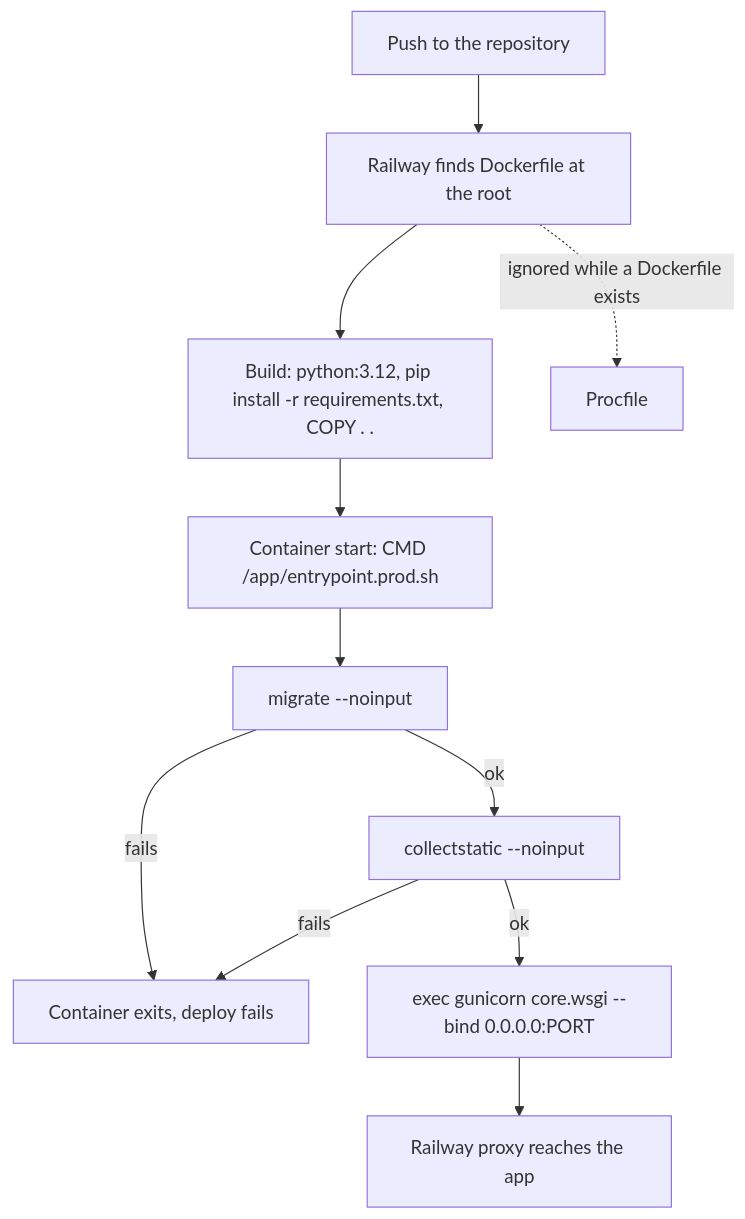
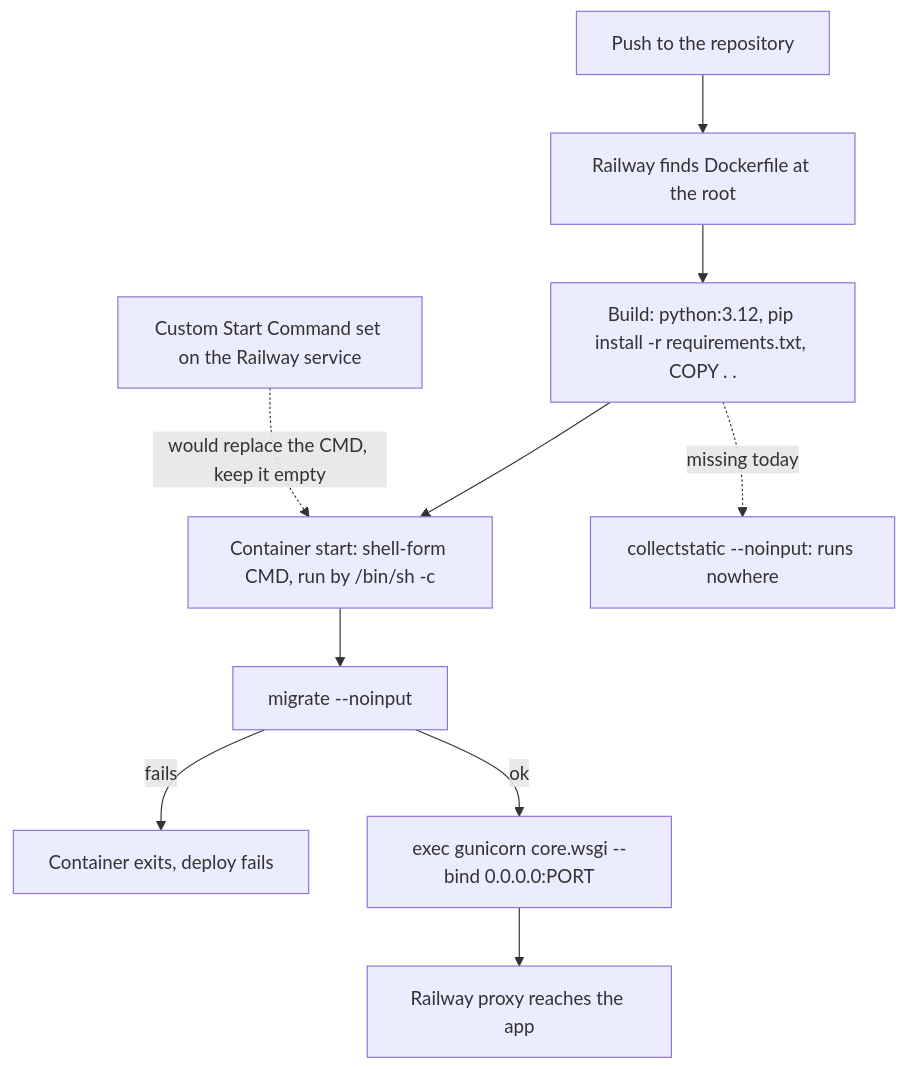
One commit to Pythonando/wdapia_2 changed the diagram in CLAUDE.md. Above: the diagram before and after it, drawn with Mermaid. The commit also changed other lines of this file and 1 other file, not shown here.

````diff
--- a/CLAUDE.md
+++ b/CLAUDE.md
@@ -102,13 +102,12 @@
 ```mermaid
 graph TD
     A[Push to the repository] --> B[Railway finds Dockerfile at the root]
     B --> C[Build: python:3.12, pip install -r requirements.txt, COPY . .]
-    C --> D[Container start: CMD /app/entrypoint.prod.sh]
+    C --> D[Container start: shell-form CMD, run by /bin/sh -c]
+    C -.->|missing today| S[collectstatic --noinput: runs nowhere]
     D --> E[migrate --noinput]
     E -->|fails| X[Container exits, deploy fails]
-    E -->|ok| F[collectstatic --noinput]
-    F -->|fails| X
-    F -->|ok| G[exec gunicorn core.wsgi --bind 0.0.0.0:PORT]
+    E -->|ok| G[exec gunicorn core.wsgi --bind 0.0.0.0:PORT]
     G --> H[Railway proxy reaches the app]
-    B -.->|ignored while a Dockerfile exists| P[Procfile]
+    R[Custom Start Command set on the Railway service] -.->|would replace the CMD, keep it empty| D
 ```
````
